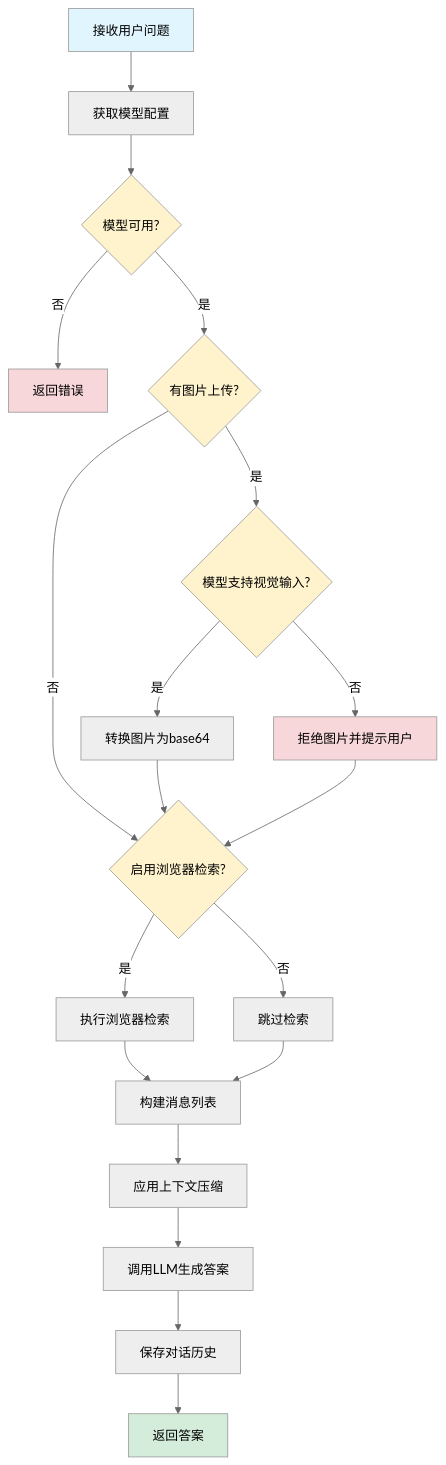
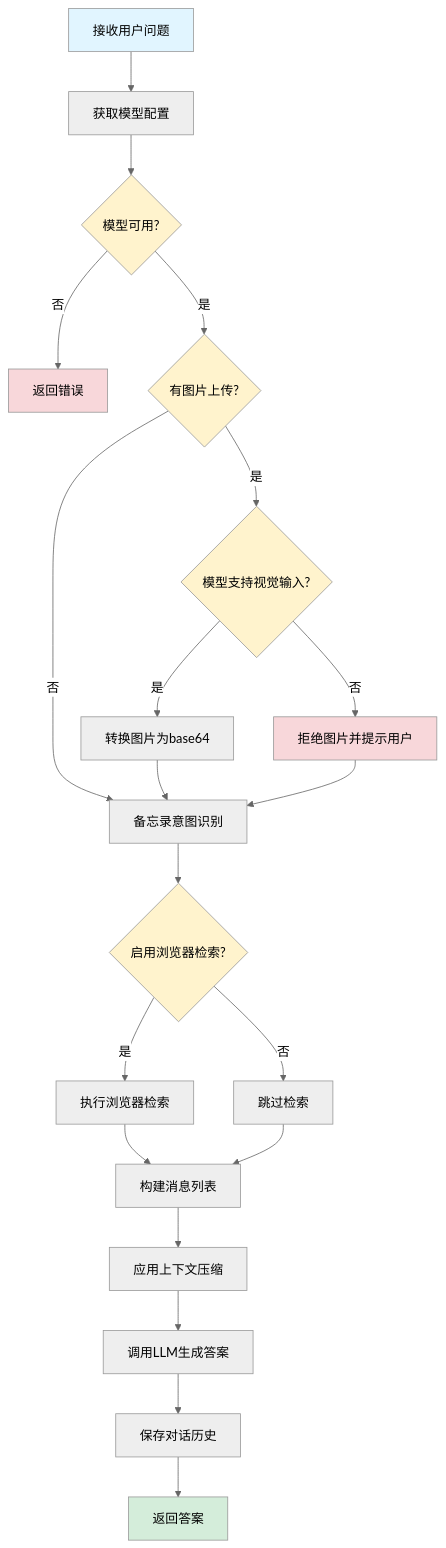
One commit to NanoAgentCode/DifyApp changed the second of 5 diagrams in backend/doc/6.智能问答功能设计文档.md. Above: the diagram before and after it, drawn with Mermaid (neutral theme). The commit also changed other lines of this file and 2 other files, not shown here.

````diff
--- a/backend/doc/6.智能问答功能设计文档.md
+++ b/backend/doc/6.智能问答功能设计文档.md
@@ -287,30 +298,31 @@
 ```mermaid
 flowchart TD
     A[接收用户问题] --> B[获取模型配置]
     B --> C{模型可用?}
     C -->|否| D[返回错误]
     C -->|是| E{有图片上传?}
     E -->|是| F{模型支持视觉输入?}
-    E -->|否| I{启用浏览器检索?}
+    E -->|否| G1[备忘录意图识别]
     F -->|是| G[转换图片为base64]
     F -->|否| H[拒绝图片并提示用户]
-    G --> I
-    H --> I
+    G --> G1
+    H --> G1
+    G1 --> I{启用浏览器检索?}
     I -->|是| J[执行浏览器检索]
     I -->|否| K[跳过检索]
     J --> L[构建消息列表]
     K --> L
     L --> M[应用上下文压缩]
     M --> N[调用LLM生成答案]
     N --> O[保存对话历史]
     O --> P[返回答案]
     
     style A fill:#e1f5ff
     style P fill:#d4edda
     style C fill:#fff3cd
     style E fill:#fff3cd
     style F fill:#fff3cd
     style I fill:#fff3cd
     style D fill:#f8d7da
     style H fill:#f8d7da
 ```
````
